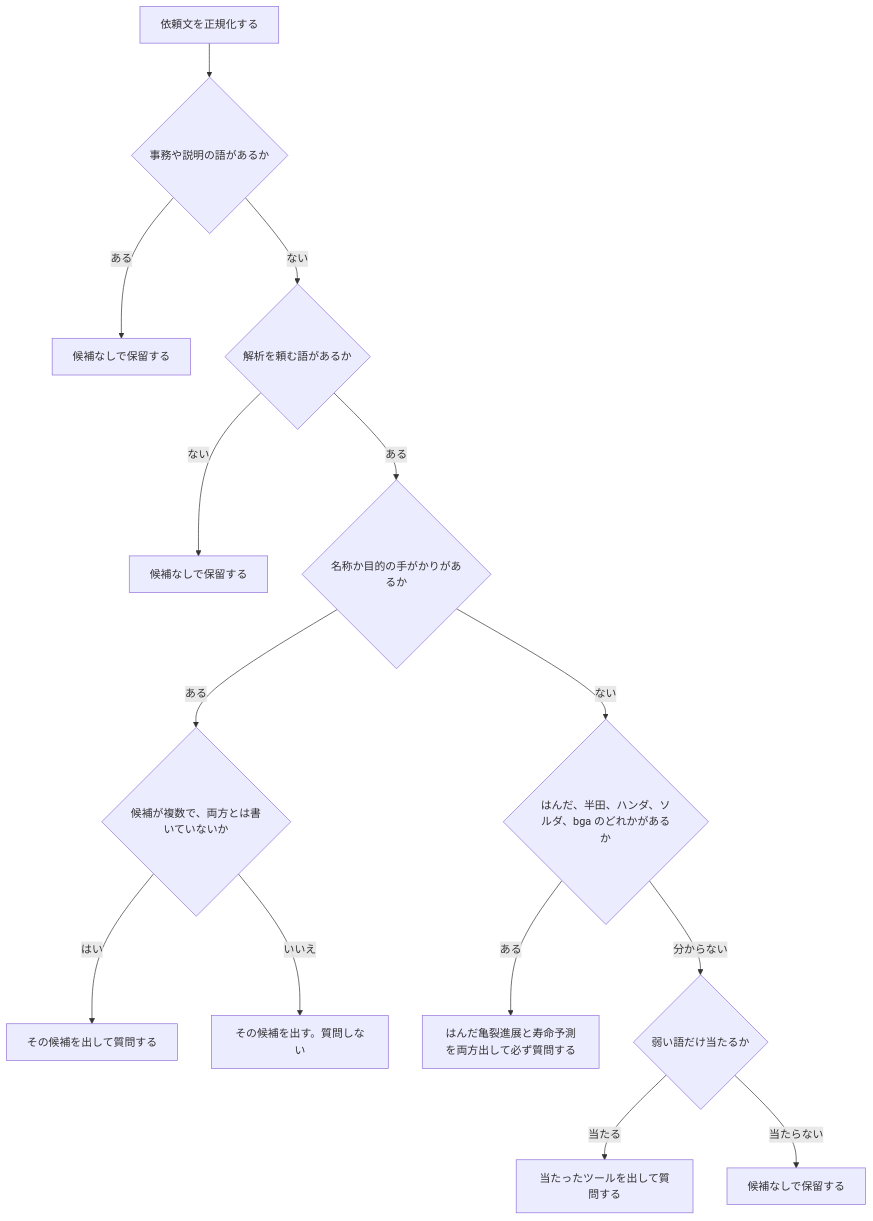
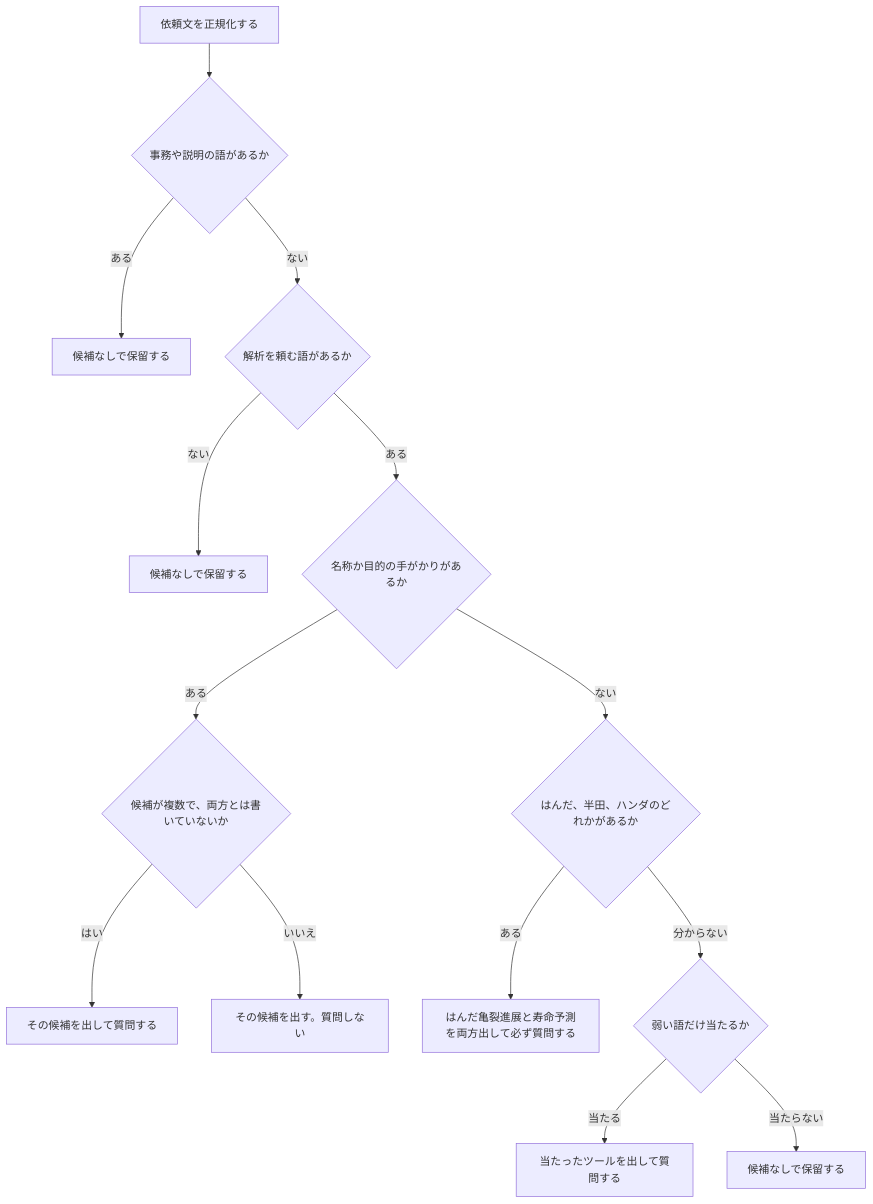
The second of 4 diagrams in reports/latest.md (mskhtr/tool-selection-eval), drawn with Mermaid before and after one commit. The commit also changed other lines of this file and 228 other files, not shown here.

````diff
--- a/reports/latest.md
+++ b/reports/latest.md
@@ -139,16 +84,16 @@
 ```mermaid
 flowchart TD
     input["依頼文を正規化する"] --> meta{"事務や説明の語があるか"}
     meta -->|ある| veto["候補なしで保留する"]
     meta -->|ない| verb{"解析を頼む語があるか"}
     verb -->|ない| noverb["候補なしで保留する"]
     verb -->|ある| strong{"名称か目的の手がかりがあるか"}
     strong -->|ある| multi{"候補が複数で、両方とは書いていないか"}
     multi -->|はい| ask["その候補を出して質問する"]
     multi -->|いいえ| keep["その候補を出す。質問しない"]
-    strong -->|ない| family{"はんだ、半田、ハンダ、ソルダ、bga のどれかがあるか"}
+    strong -->|ない| family{"はんだ、半田、ハンダのどれかがあるか"}
     family -->|ある| fam["はんだ亀裂進展と寿命予測を両方出して必ず質問する"]
     family -->|分からない| weak{"弱い語だけ当たるか"}
     weak -->|当たる| weakask["当たったツールを出して質問する"]
     weak -->|当たらない| none["候補なしで保留する"]
 ```
````
